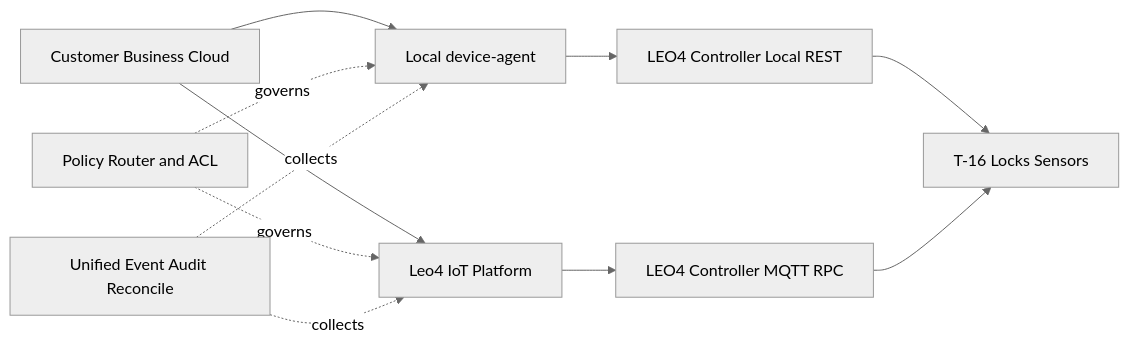
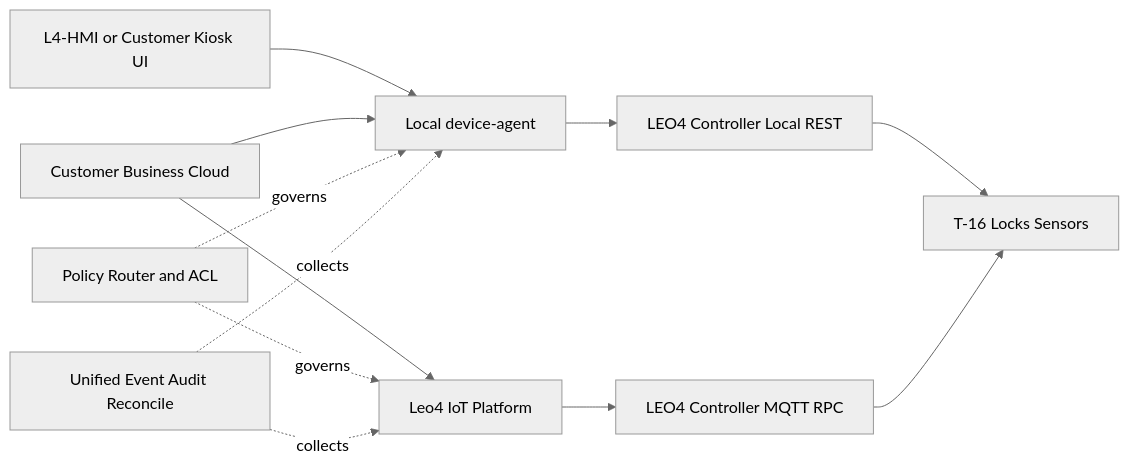
Before and after one commit to OlegLebedevRU/iot-rpc-rest-app: the fourth of 5 diagrams in docs/presale/leo4-vendor-execution-layer-response.md, drawn with Mermaid (neutral theme). The commit also changed other lines of this file, not shown here.

Commit message:
docs: add L4-HMI self-service UI positioning

````diff
--- a/docs/presale/leo4-vendor-execution-layer-response.md
+++ b/docs/presale/leo4-vendor-execution-layer-response.md
@@ -161,14 +172,15 @@
 ```mermaid
 flowchart LR
-    BC[Customer Business Cloud] --> AG[Local device-agent]
+    UI[L4-HMI or Customer Kiosk UI] --> AG[Local device-agent]
+    BC[Customer Business Cloud] --> AG
     BC --> LP[Leo4 IoT Platform]
     AG --> CT[LEO4 Controller Local REST]
     LP --> CT2[LEO4 Controller MQTT RPC]
     CT --> HW[T-16 Locks Sensors]
     CT2 --> HW
 
     P[Policy Router and ACL] -. governs .-> AG
     P -. governs .-> LP
     E[Unified Event Audit Reconcile] -. collects .-> AG
     E -. collects .-> LP
 ```
````
